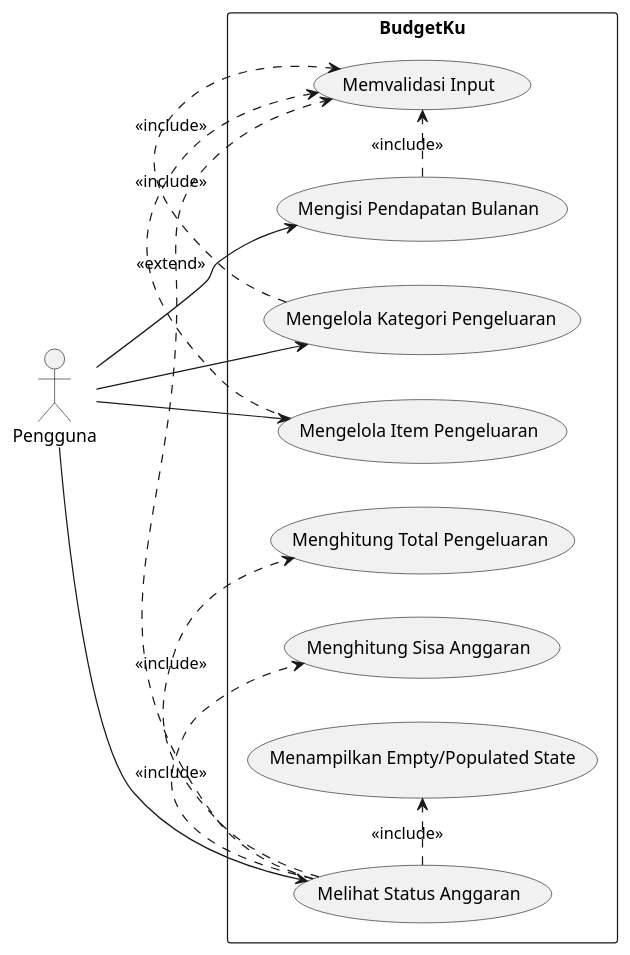
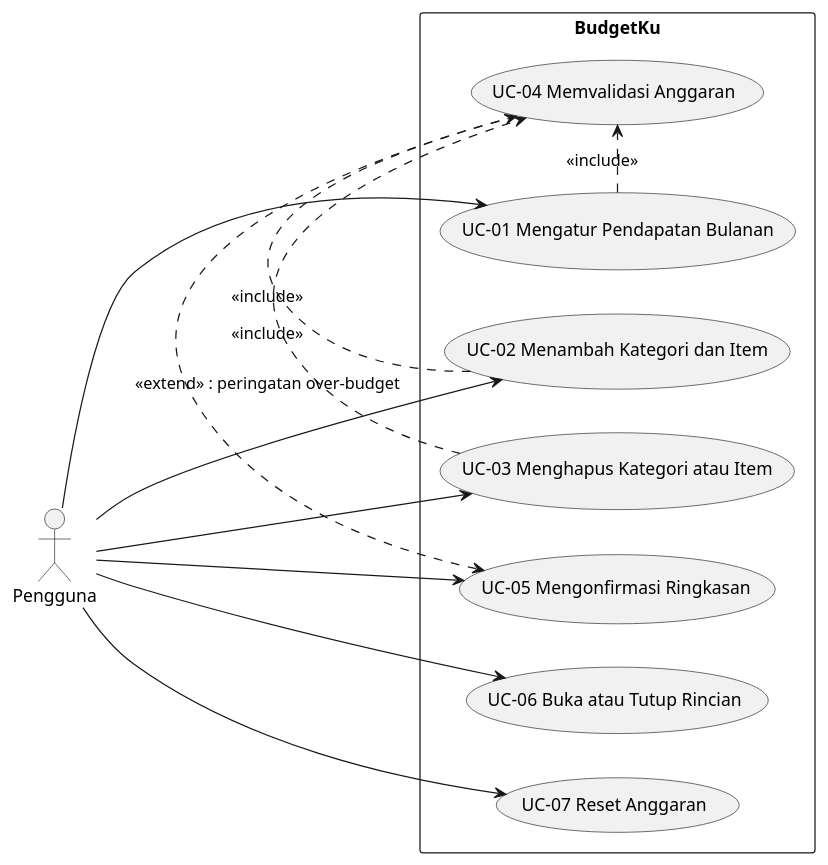
One commit to Rifatdhy/BudgetKU changed the first of 3 diagrams in file.md. Above: the diagram before and after it, drawn with PlantUML. The commit also changed other lines of this file and 19 other files, not shown here.

````diff
--- a/file.md
+++ b/file.md
@@ -503,30 +504,28 @@
 ```plantuml
 @startuml
 left to right direction
 actor Pengguna
 
 rectangle "BudgetKu" {
-  usecase "Mengisi Pendapatan Bulanan" as UC1
-  usecase "Mengelola Kategori Pengeluaran" as UC2
-  usecase "Mengelola Item Pengeluaran" as UC3
-  usecase "Menghitung Total Pengeluaran" as UC4
-  usecase "Menghitung Sisa Anggaran" as UC5
-  usecase "Melihat Status Anggaran" as UC6
-  usecase "Memvalidasi Input" as UC7
-  usecase "Menampilkan Empty/Populated State" as UC8
+  usecase "UC-01 Mengatur Pendapatan Bulanan" as UC1
+  usecase "UC-02 Menambah Kategori dan Item" as UC2
+  usecase "UC-03 Menghapus Kategori atau Item" as UC3
+  usecase "UC-04 Memvalidasi Anggaran" as UC4
+  usecase "UC-05 Mengonfirmasi Ringkasan" as UC5
+  usecase "UC-06 Buka atau Tutup Rincian" as UC6
+  usecase "UC-07 Reset Anggaran" as UC7
 }
 
 Pengguna --> UC1
 Pengguna --> UC2
 Pengguna --> UC3
+Pengguna --> UC5
 Pengguna --> UC6
+Pengguna --> UC7
 
-UC1 .> UC7 : <<include>>
-UC2 .> UC7 : <<include>>
-UC3 .> UC7 : <<include>>
-UC6 .> UC4 : <<include>>
-UC6 .> UC5 : <<include>>
-UC6 .> UC8 : <<include>>
-UC6 .> UC7 : <<extend>>
+UC1 .> UC4 : <<include>>
+UC2 .> UC4 : <<include>>
+UC3 .> UC4 : <<include>>
+UC4 .> UC5 : <<extend>> : peringatan over-budget
 @enduml
 ```
````
